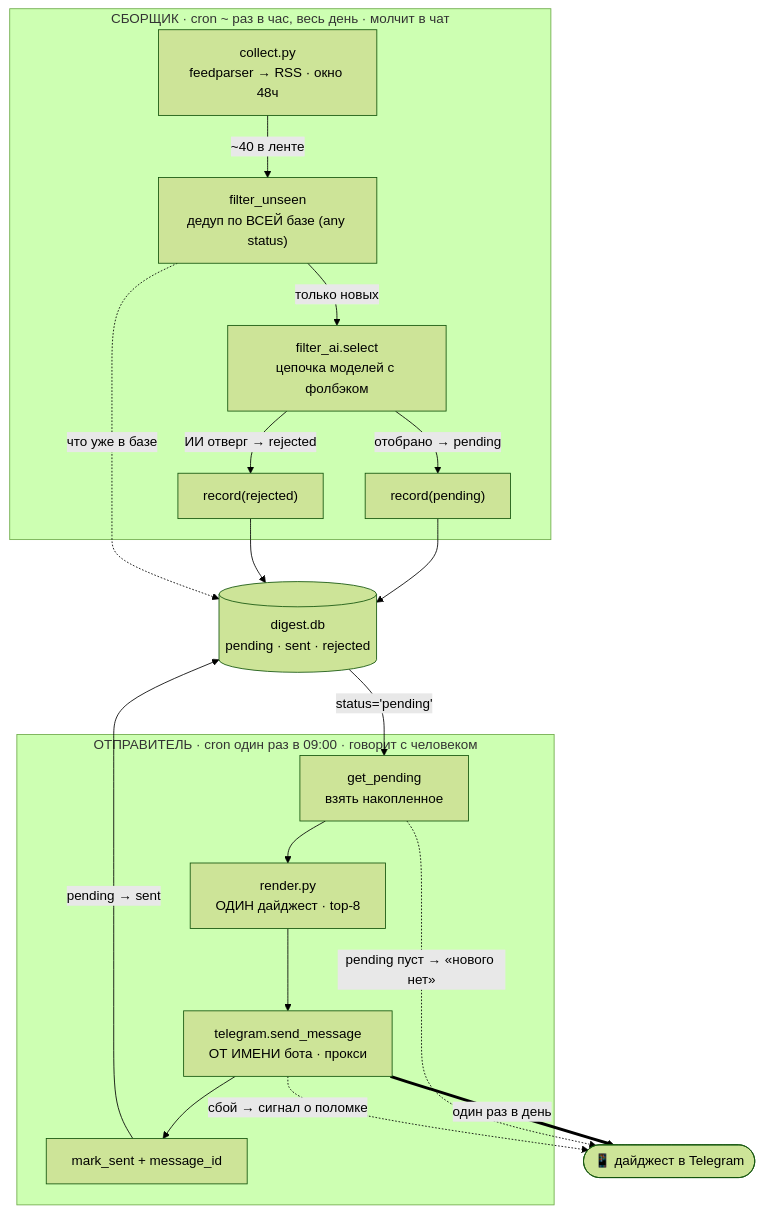
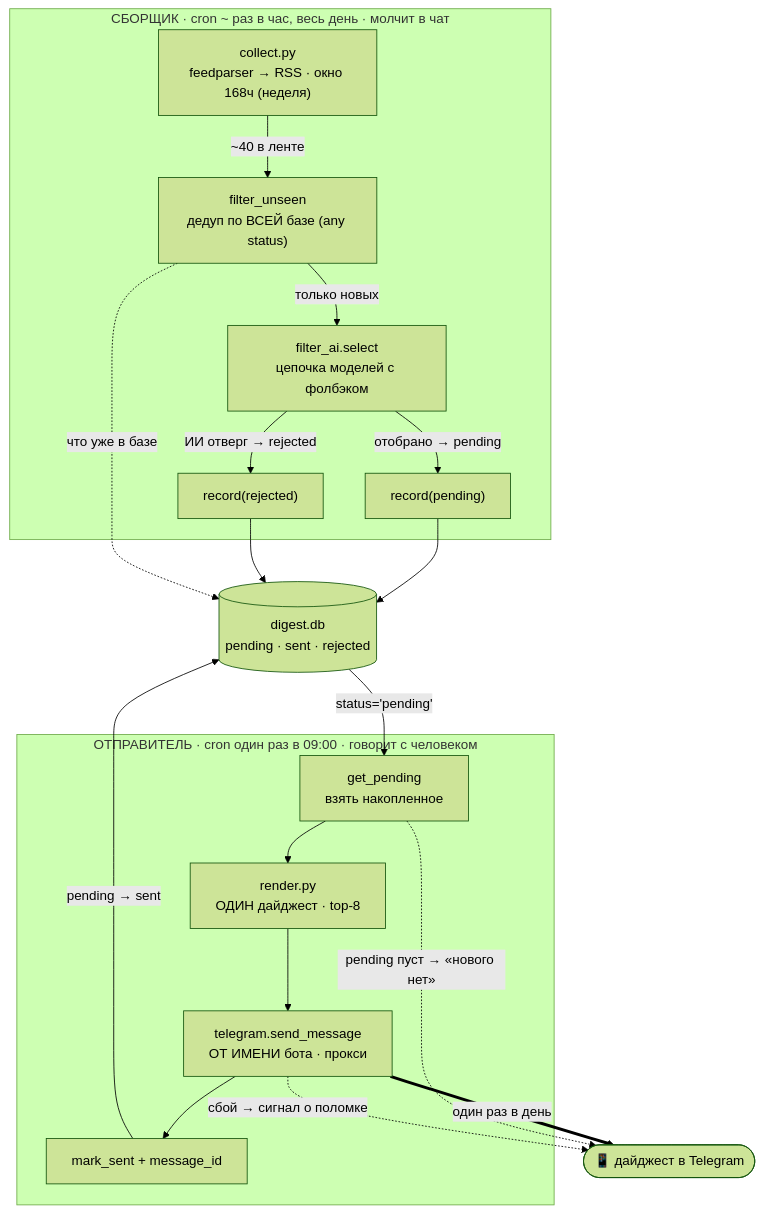
The first of 2 diagrams in СХЕМА.md (vladburba/svc-digest), drawn with Mermaid (forest theme) before and after one commit. The commit also changed other lines of this file and 1 other file, not shown here.

Commit message:
svc-digest: окно сбора 48ч → 168ч (неделя) — запас прочности на простой

````diff
--- a/СХЕМА.md
+++ b/СХЕМА.md
@@ -11,29 +11,29 @@
 ```mermaid
 flowchart TB
     subgraph СБОРЩИК["СБОРЩИК · cron ~ раз в час, весь день · молчит в чат"]
-        C1["collect.py<br/>feedparser → RSS · окно 48ч"]
+        C1["collect.py<br/>feedparser → RSS · окно 168ч (неделя)"]
         C2["filter_unseen<br/>дедуп по ВСЕЙ базе (any status)"]
         C3["filter_ai.select<br/>цепочка моделей с фолбэком"]
         C1 -->|"~40 в ленте"| C2 -->|"только новых"| C3
         C3 -->|"отобрано → pending"| WP["record(pending)"]
         C3 -->|"ИИ отверг → rejected"| WR["record(rejected)"]
     end
 
     DB[("digest.db<br/>pending · sent · rejected")]
     WP --> DB
     WR --> DB
     C2 -.->|"что уже в базе"| DB
 
     subgraph ОТПРАВИТЕЛЬ["ОТПРАВИТЕЛЬ · cron один раз в 09:00 · говорит с человеком"]
         S1["get_pending<br/>взять накопленное"]
         S2["render.py<br/>ОДИН дайджест · top-8"]
         S3["telegram.send_message<br/>ОТ ИМЕНИ бота · прокси"]
         S4["mark_sent + message_id"]
         S1 --> S2 --> S3 --> S4
     end
     DB -->|"status='pending'"| S1
     S4 -->|"pending → sent"| DB
     S3 ==>|"один раз в день"| TG([📱 дайджест в Telegram])
     S1 -.->|"pending пуст → «нового нет»"| TG
     S3 -.->|"сбой → сигнал о поломке"| TG
 ```
````
